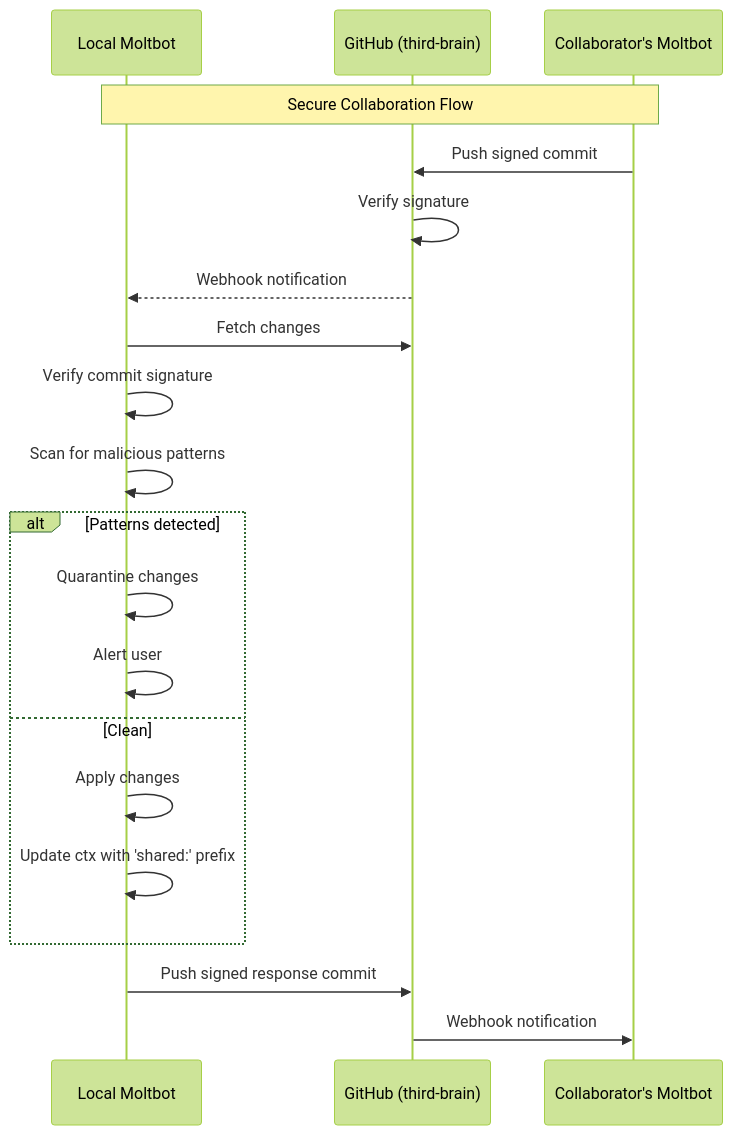
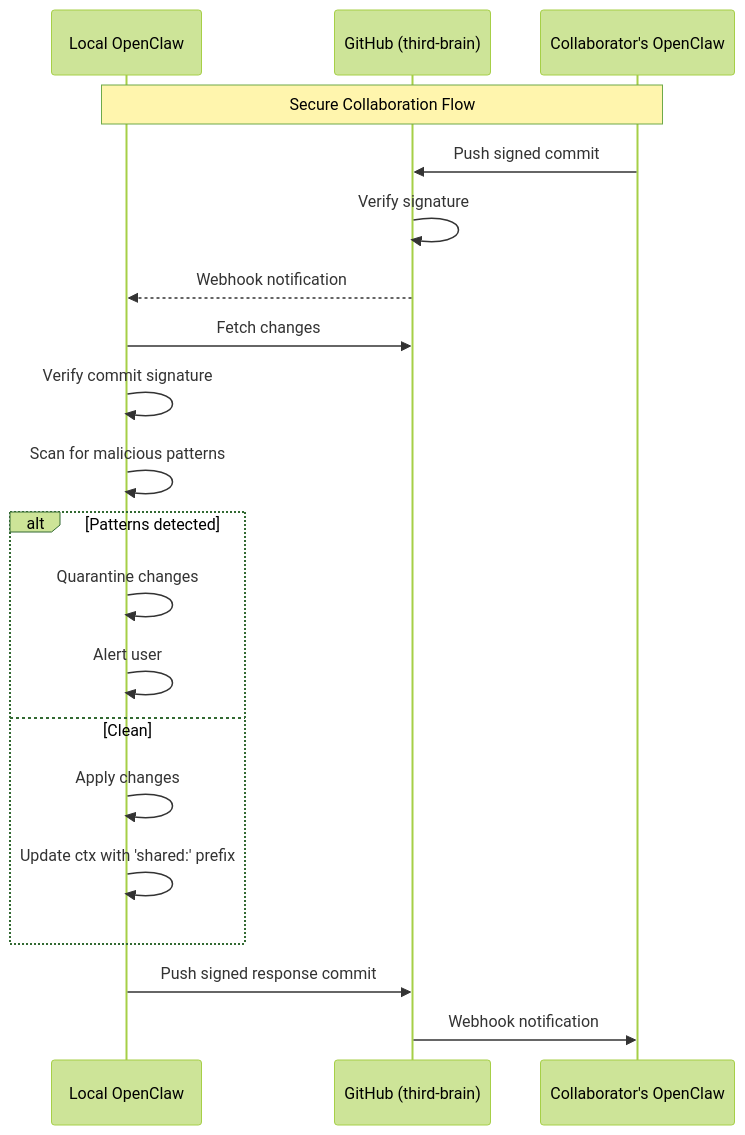
Before and after one commit to Fedolodic/moltbot-max: the third of 7 diagrams in design-docs/2-security-hardening-by-default.md, drawn with Mermaid (forest theme). The commit also changed other lines of this file and 9 other files, not shown here.

````diff
--- a/design-docs/2-security-hardening-by-default.md
+++ b/design-docs/2-security-hardening-by-default.md
@@ -582,27 +582,27 @@
 ```mermaid
 sequenceDiagram
-    participant Local as Local Moltbot
+    participant Local as Local OpenClaw
     participant GH as GitHub (third-brain)
-    participant Remote as Collaborator's Moltbot
+    participant Remote as Collaborator's OpenClaw
 
     Note over Local,Remote: Secure Collaboration Flow
 
     Remote->>GH: Push signed commit
     GH->>GH: Verify signature
     GH-->>Local: Webhook notification
 
     Local->>GH: Fetch changes
     Local->>Local: Verify commit signature
     Local->>Local: Scan for malicious patterns
 
     alt Patterns detected
         Local->>Local: Quarantine changes
         Local->>Local: Alert user
     else Clean
         Local->>Local: Apply changes
         Local->>Local: Update ctx with 'shared:' prefix
     end
 
     Local->>GH: Push signed response commit
     GH->>Remote: Webhook notification
 ```
````
